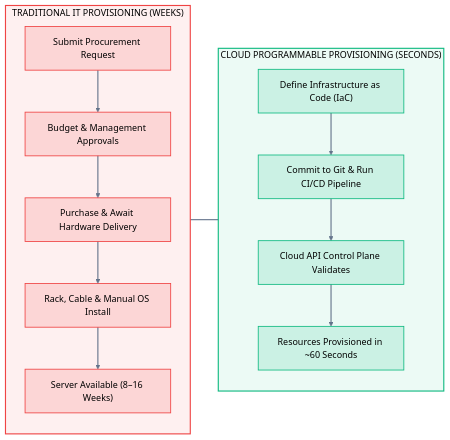
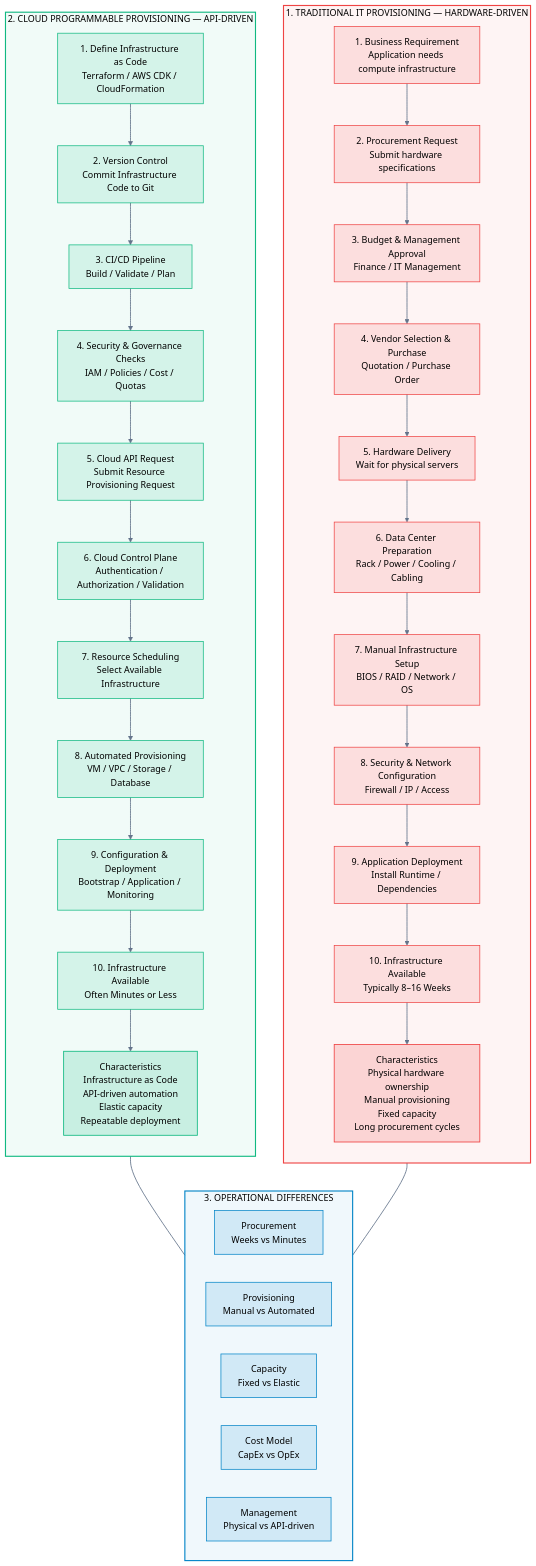
Before and after one commit to vikram-interloid/cloud-engineering: the sixth of 9 diagrams in 00-Foundations/01-cloud-computing/01_What_is_Cloud_Computing.md, drawn with Mermaid. The commit also changed other lines of this file and 18 other files, not shown here.

````diff
--- a/00-Foundations/01-cloud-computing/01_What_is_Cloud_Computing.md
+++ b/00-Foundations/01-cloud-computing/01_What_is_Cloud_Computing.md
@@ -309,35 +605,94 @@
 ```mermaid
-flowchart LR
-    subgraph TRADITIONAL["TRADITIONAL IT PROVISIONING (WEEKS)"]
+
+flowchart TB
+
+    %% ==========================================
+    %% TRADITIONAL IT PROVISIONING
+    %% ==========================================
+
+    subgraph TRADITIONAL["1. TRADITIONAL IT PROVISIONING — HARDWARE-DRIVEN"]
         direction TB
-        T1["Submit Procurement Request"]
-        T2["Budget & Management Approvals"]
-        T3["Purchase & Await Hardware Delivery"]
-        T4["Rack, Cable & Manual OS Install"]
-        T5["Server Available (8–16 Weeks)"]
+
+        T1["1. Business Requirement<br/>Application needs compute infrastructure"]
+        T2["2. Procurement Request<br/>Submit hardware specifications"]
+        T3["3. Budget & Management Approval<br/>Finance / IT Management"]
+        T4["4. Vendor Selection & Purchase<br/>Quotation / Purchase Order"]
+        T5["5. Hardware Delivery<br/>Wait for physical servers"]
+        T6["6. Data Center Preparation<br/>Rack / Power / Cooling / Cabling"]
+        T7["7. Manual Infrastructure Setup<br/>BIOS / RAID / Network / OS"]
+        T8["8. Security & Network Configuration<br/>Firewall / IP / Access"]
+        T9["9. Application Deployment<br/>Install Runtime / Dependencies"]
+        T10["10. Infrastructure Available<br/>Typically 8–16 Weeks"]
+
         T1 --> T2 --> T3 --> T4 --> T5
+        T5 --> T6 --> T7 --> T8 --> T9 --> T10
+
+        TNOTE["Characteristics<br/>Physical hardware ownership<br/>Manual provisioning<br/>Fixed capacity<br/>Long procurement cycles"]
+        T10 --> TNOTE
     end
 
-    subgraph CLOUD["CLOUD PROGRAMMABLE PROVISIONING (SECONDS)"]
+    %% ==========================================
+    %% CLOUD PROGRAMMABLE PROVISIONING
+    %% ==========================================
+
+    subgraph CLOUD["2. CLOUD PROGRAMMABLE PROVISIONING — API-DRIVEN"]
         direction TB
-        C1["Define Infrastructure as Code (IaC)"]
-        C2["Commit to Git & Run CI/CD Pipeline"]
-        C3["Cloud API Control Plane Validates"]
-        C4["Resources Provisioned in ~60 Seconds"]
-        C1 --> C2 --> C3 --> C4
+
+        C1["1. Define Infrastructure as Code<br/>Terraform / AWS CDK / CloudFormation"]
+        C2["2. Version Control<br/>Commit Infrastructure Code to Git"]
+        C3["3. CI/CD Pipeline<br/>Build / Validate / Plan"]
+        C4["4. Security & Governance Checks<br/>IAM / Policies / Cost / Quotas"]
+        C5["5. Cloud API Request<br/>Submit Resource Provisioning Request"]
+        C6["6. Cloud Control Plane<br/>Authentication / Authorization / Validation"]
+        C7["7. Resource Scheduling<br/>Select Available Infrastructure"]
+        C8["8. Automated Provisioning<br/>VM / VPC / Storage / Database"]
+        C9["9. Configuration & Deployment<br/>Bootstrap / Application / Monitoring"]
+        C10["10. Infrastructure Available<br/>Often Minutes or Less"]
+
+        C1 --> C2 --> C3 --> C4 --> C5
+        C5 --> C6 --> C7 --> C8 --> C9 --> C10
+
+        CNOTE["Characteristics<br/>Infrastructure as Code<br/>API-driven automation<br/>Elastic capacity<br/>Repeatable deployment"]
+        C10 --> CNOTE
     end
 
-    TRADITIONAL ~~~ CLOUD
+    %% ==========================================
+    %% COMPARISON
+    %% ==========================================
 
-    %% Container styling
-    style TRADITIONAL fill:#ef4444,fill-opacity:0.08,stroke:#ef4444,stroke-width:2px,color:inherit
-    style CLOUD fill:#10b981,fill-opacity:0.08,stroke:#10b981,stroke-width:2px,color:inherit
+    subgraph COMPARISON["3. OPERATIONAL DIFFERENCES"]
+        direction LR
 
-    classDef tradNode fill:#ef4444,fill-opacity:0.15,stroke:#ef4444,stroke-width:1.5px,color:inherit
-    class T1,T2,T3,T4,T5 tradNode
+        D1["Procurement<br/>Weeks vs Minutes"]
+        D2["Provisioning<br/>Manual vs Automated"]
+        D3["Capacity<br/>Fixed vs Elastic"]
+        D4["Cost Model<br/>CapEx vs OpEx"]
+        D5["Management<br/>Physical vs API-driven"]
+    end
 
-    classDef cldNode fill:#10b981,fill-opacity:0.15,stroke:#10b981,stroke-width:1.5px,color:inherit
-    class C1,C2,C3,C4 cldNode
+    TNOTE ~~~ D1
+    CNOTE ~~~ D1
 
-    linkStyle default stroke:#64748b,stroke-width:2px
+    %% ==========================================
+    %% STYLING
+    %% ==========================================
+
+    style TRADITIONAL fill:#ef4444,fill-opacity:0.06,stroke:#ef4444,stroke-width:2px,color:inherit
+    style CLOUD fill:#10b981,fill-opacity:0.06,stroke:#10b981,stroke-width:2px,color:inherit
+    style COMPARISON fill:#0284c7,fill-opacity:0.06,stroke:#0284c7,stroke-width:2px,color:inherit
+
+    classDef tradNode fill:#ef4444,fill-opacity:0.13,stroke:#ef4444,stroke-width:1.3px,color:inherit
+    classDef cloudNode fill:#10b981,fill-opacity:0.13,stroke:#10b981,stroke-width:1.3px,color:inherit
+    classDef tradNote fill:#ef4444,fill-opacity:0.18,stroke:#ef4444,stroke-width:1.5px,color:inherit
+    classDef cloudNote fill:#10b981,fill-opacity:0.18,stroke:#10b981,stroke-width:1.5px,color:inherit
+    classDef compareNode fill:#0284c7,fill-opacity:0.13,stroke:#0284c7,stroke-width:1.3px,color:inherit
+
+    class T1,T2,T3,T4,T5,T6,T7,T8,T9,T10 tradNode
+    class C1,C2,C3,C4,C5,C6,C7,C8,C9,C10 cloudNode
+    class TNOTE tradNote
+    class CNOTE cloudNote
+    class D1,D2,D3,D4,D5 compareNode
+
+    linkStyle default stroke:#64748b,stroke-width:1.5px
+
 ```
````
